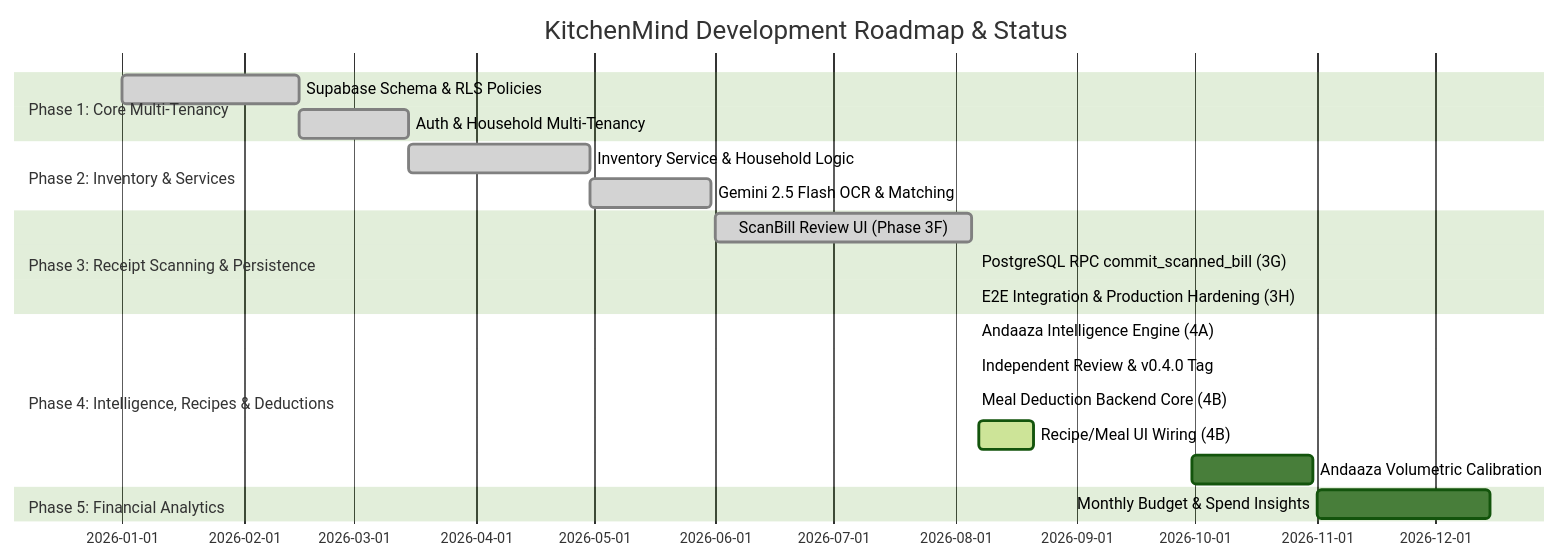
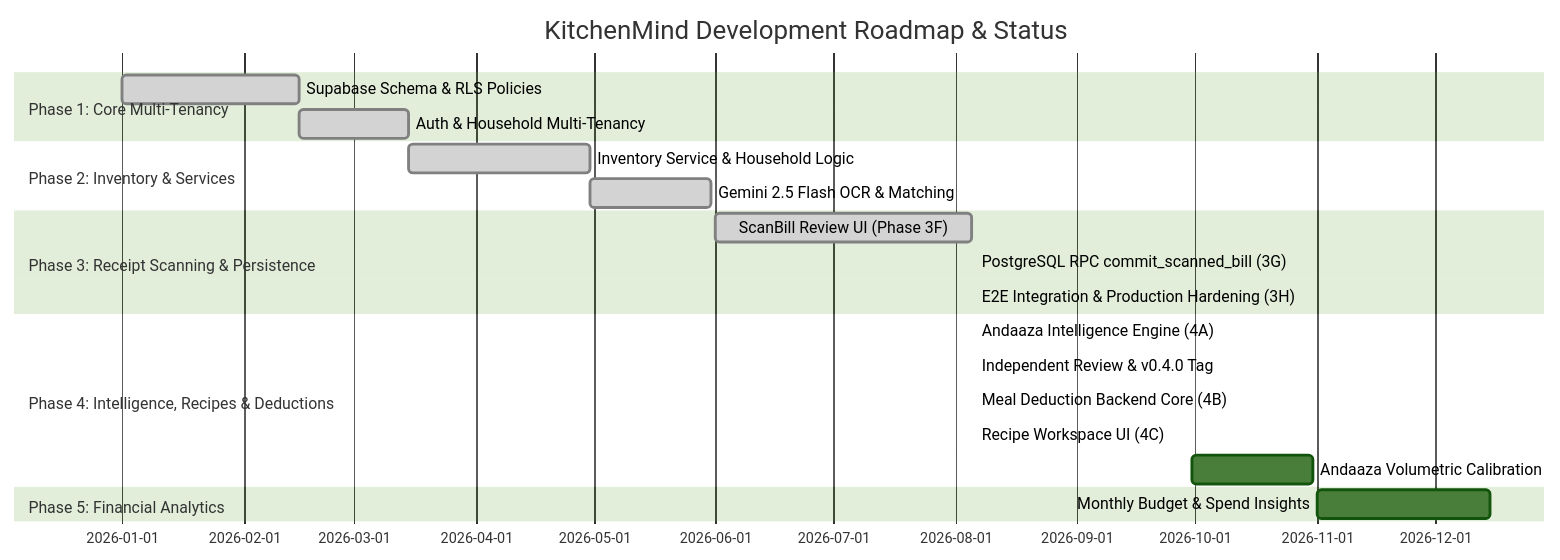
One commit to keshavaibuilder/kitchenmind changed the diagram in docs/19_IMPLEMENTATION_STATUS_AND_ROADMAP.md. Above: the diagram before and after it, drawn with Mermaid (forest theme). The commit also changed other lines of this file and 48 other files, not shown here.

First line of the commit message:
feat: Recipe Workspace & Meal Execution UI (Phase 4C)

````diff
--- a/docs/19_IMPLEMENTATION_STATUS_AND_ROADMAP.md
+++ b/docs/19_IMPLEMENTATION_STATUS_AND_ROADMAP.md
@@ -9,23 +9,23 @@
 ```mermaid
 gantt
     title KitchenMind Development Roadmap & Status
     dateFormat  YYYY-MM-DD
     section Phase 1: Core Multi-Tenancy
     Supabase Schema & RLS Policies      :done,    p1, 2026-01-01, 2026-02-15
     Auth & Household Multi-Tenancy     :done,    p2, 2026-02-15, 2026-03-15
     section Phase 2: Inventory & Services
     Inventory Service & Household Logic:done,    p3, 2026-03-15, 2026-04-30
     Gemini 2.5 Flash OCR & Matching    :done,    p4, 2026-04-30, 2026-05-31
     section Phase 3: Receipt Scanning & Persistence
     ScanBill Review UI (Phase 3F)      :done,    p5, 2026-06-01, 2026-08-05
     PostgreSQL RPC commit_scanned_bill (3G) :done,  p6, 2026-08-06, 2026-08-06
     E2E Integration & Production Hardening (3H):done, p7, 2026-08-06, 2026-08-06
     section Phase 4: Intelligence, Recipes & Deductions
     Andaaza Intelligence Engine (4A)    :done,    p8, 2026-08-06, 2026-08-06
     Independent Review & v0.4.0 Tag     :done,    p8b, 2026-08-06, 2026-08-06
     Meal Deduction Backend Core (4B)    :done,    p9, 2026-08-06, 2026-08-06
-    Recipe/Meal UI Wiring (4B)          :active,  p9b, 2026-08-07, 2026-08-21
+    Recipe Workspace UI (4C)            :done,    p9b, 2026-08-06, 2026-08-06
     Andaaza Volumetric Calibration      :         p10, 2026-09-30, 2026-10-31
     section Phase 5: Financial Analytics
     Monthly Budget & Spend Insights     :        p11, 2026-11-01, 2026-12-15
 ```
````
